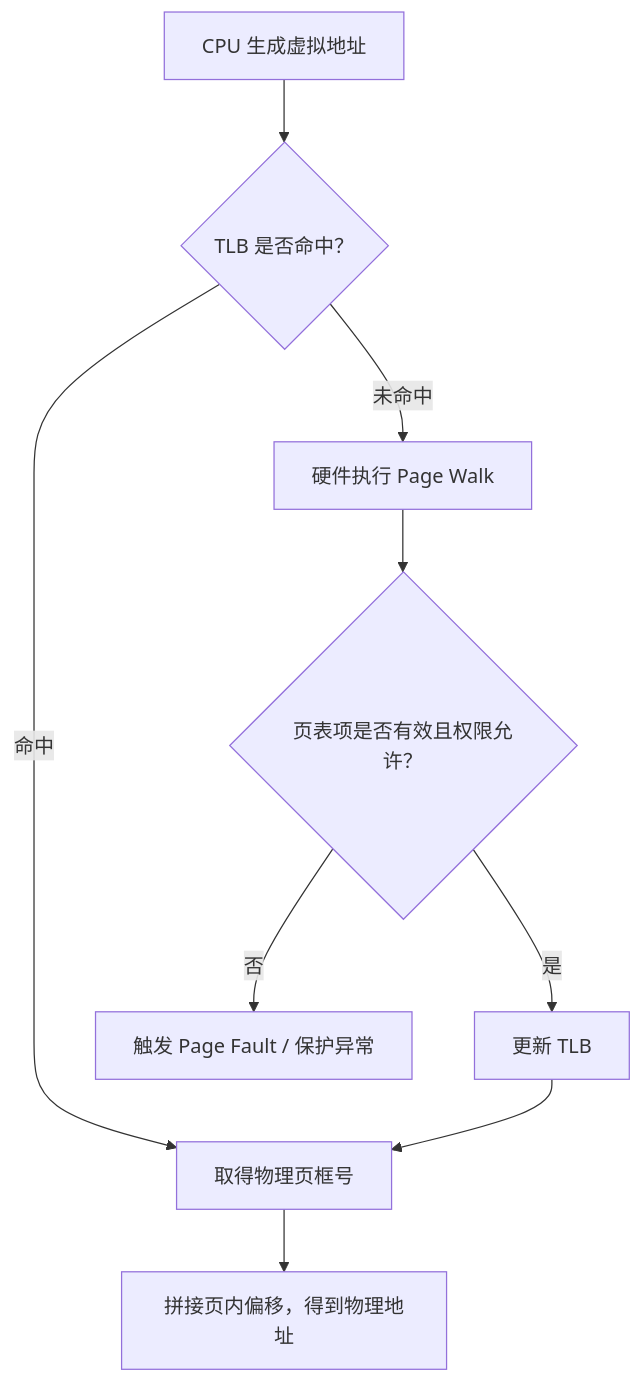
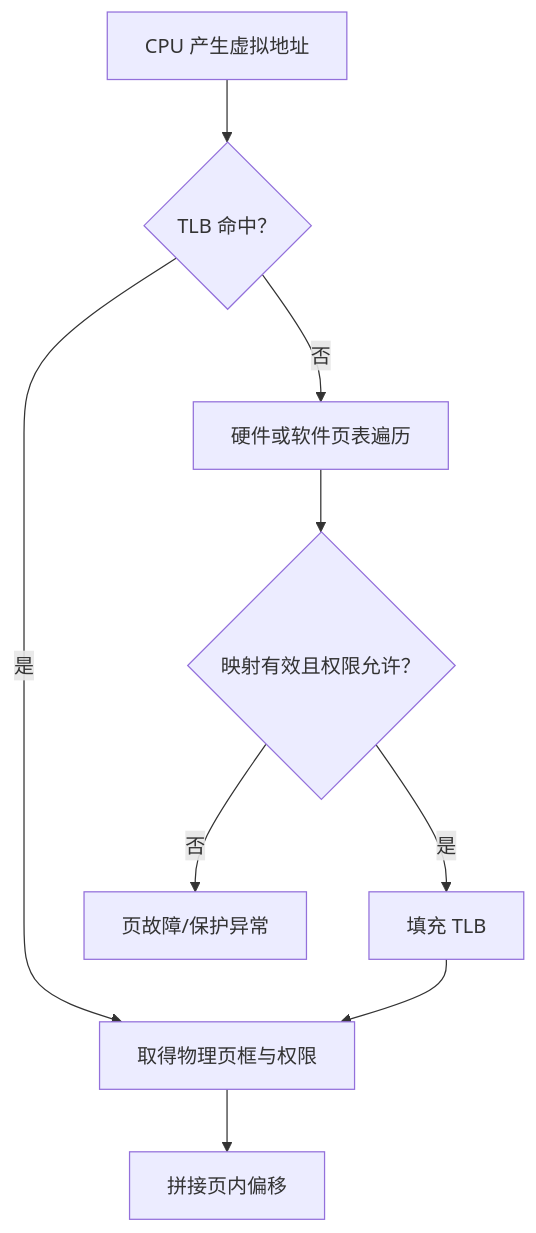
Before and after one commit to Fizgrad/fizgrad.github.io: diagram 20 of 36 in blog/os_review.md, drawn with Mermaid. The commit also changed other lines of this file and 1 other file, not shown here.

````diff
--- a/blog/os_review.md
+++ b/blog/os_review.md
@@ -3580,11 +3780,11 @@
 ```mermaid
 flowchart TD
-    A["CPU 生成虚拟地址"] --> B{"TLB 是否命中？"}
-    B -->|命中| C["取得物理页框号"]
-    B -->|未命中| D["硬件执行 Page Walk"]
-    D --> E{"页表项是否有效且权限允许？"}
-    E -->|是| F["更新 TLB"]
+    A["CPU 产生虚拟地址"] --> B{"TLB 命中？"}
+    B -->|是| C["取得物理页框与权限"]
+    B -->|否| D["硬件或软件页表遍历"]
+    D --> E{"映射有效且权限允许？"}
+    E -->|是| F["填充 TLB"]
     F --> C
-    E -->|否| G["触发 Page Fault / 保护异常"]
-    C --> H["拼接页内偏移，得到物理地址"]
+    E -->|否| G["页故障/保护异常"]
+    C --> H["拼接页内偏移"]
 ```
````
